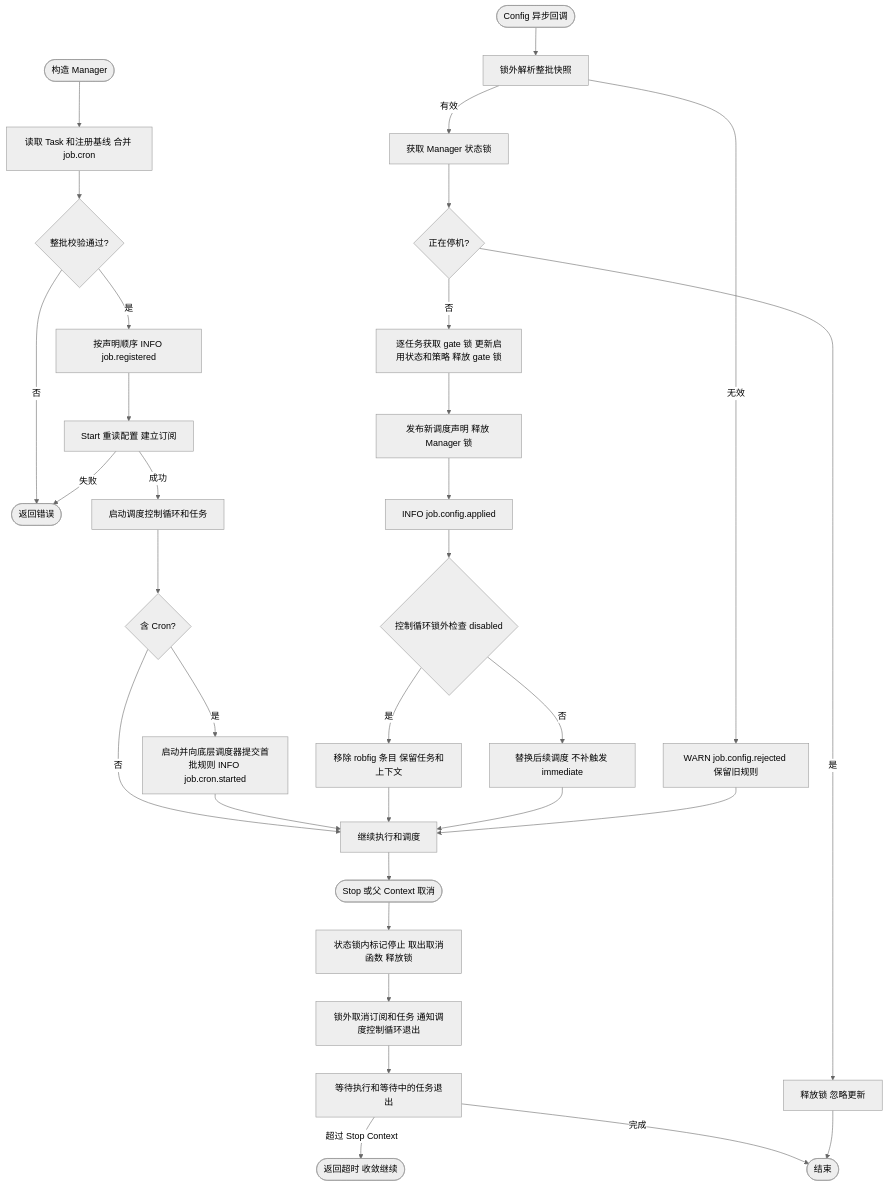
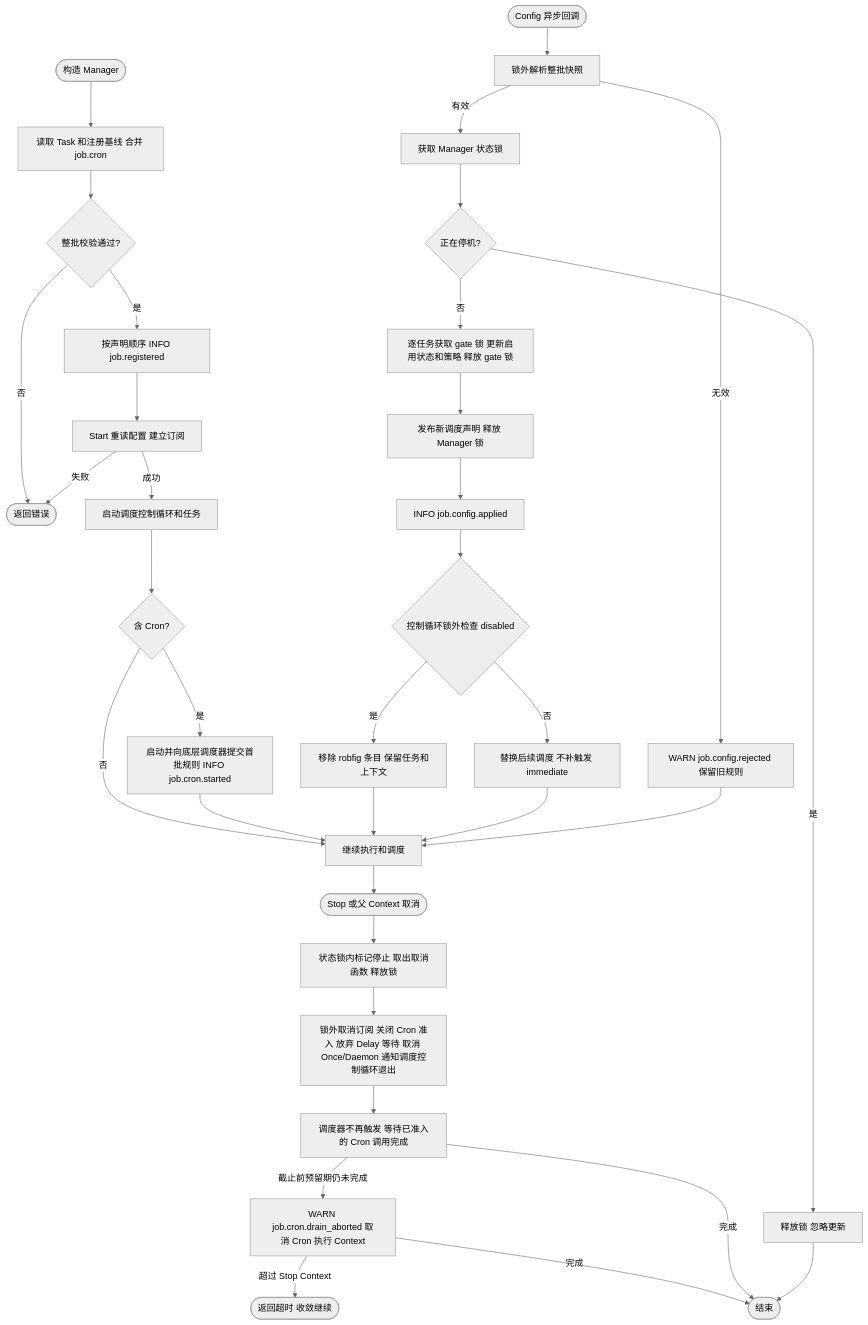
The first of 6 diagrams in pkg/job/README.md (jaggerzhuang1994/kratos-foundation), drawn with Mermaid (neutral theme) before and after one commit. The commit also changed other lines of this file and 7 other files, not shown here.

First line of the commit message:
feat(job)!: drain running cron calls on shutdown

````diff
--- a/pkg/job/README.md
+++ b/pkg/job/README.md
@@ -69,35 +69,37 @@
 ```mermaid
 flowchart TD
  A([构造 Manager]) --> B[读取 Task 和注册基线 合并 job.cron]
  B --> C{整批校验通过?}
  C -- 否 --> X([返回错误])
  C -- 是 --> C1[按声明顺序 INFO job.registered]
  C1 --> D[Start 重读配置 建立订阅]
  D -- 失败 --> X
  D -- 成功 --> E[启动调度控制循环和任务]
  E --> E1{含 Cron?}
  E1 -- 是 --> E2[启动并向底层调度器提交首批规则 INFO job.cron.started]
  E1 -- 否 --> E3[继续执行和调度]
  E2 --> E3
  U([Config 异步回调]) --> V[锁外解析整批快照]
  V -- 无效 --> W[WARN job.config.rejected 保留旧规则]
  V -- 有效 --> L[获取 Manager 状态锁]
  L --> S{正在停机?}
  S -- 是 --> Z[释放锁 忽略更新]
  S -- 否 --> G[逐任务获取 gate 锁 更新启用状态和策略 释放 gate 锁]
  G --> H[发布新调度声明 释放 Manager 锁]
  H --> I[INFO job.config.applied]
  I --> J{控制循环锁外检查 disabled}
  J -- 是 --> J1[移除 robfig 条目 保留任务和上下文]
  J -- 否 --> J2[替换后续调度 不补触发 immediate]
  J1 --> E3
  J2 --> E3
  W --> E3
  E3 --> K([Stop 或父 Context 取消])
  K --> M[状态锁内标记停止 取出取消函数 释放锁]
- M --> N[锁外取消订阅和任务 通知调度控制循环退出]
- N --> O[等待执行和等待中的任务退出]
- O -- 超过 Stop Context --> P([返回超时 收敛继续])
+ M --> N[锁外取消订阅 关闭 Cron 准入 放弃 Delay 等待 取消 Once/Daemon 通知调度控制循环退出]
+ N --> O[调度器不再触发 等待已准入的 Cron 调用完成]
+ O -- 截止前预留期仍未完成 --> O1[WARN job.cron.drain_aborted 取消 Cron 执行 Context]
+ O1 -- 超过 Stop Context --> P([返回超时 收敛继续])
+ O1 -- 完成 --> Q
  O -- 完成 --> Q([结束])
  Z --> Q
 ```
````
